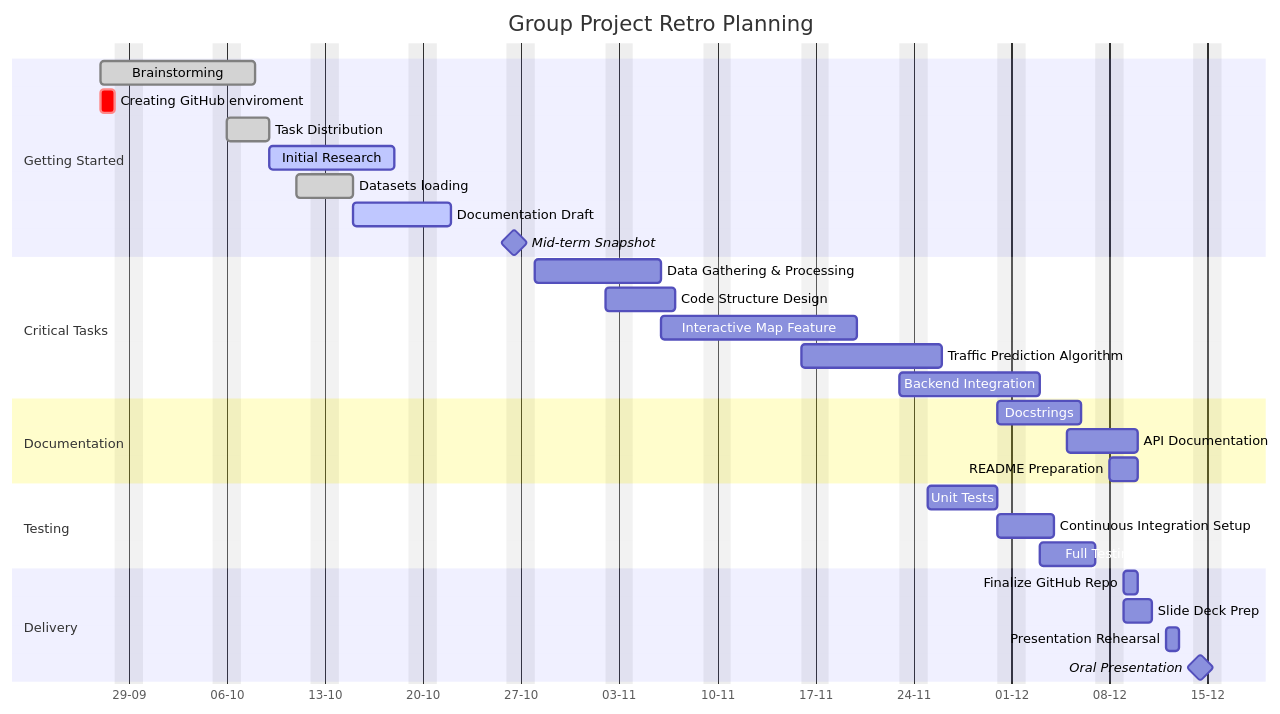
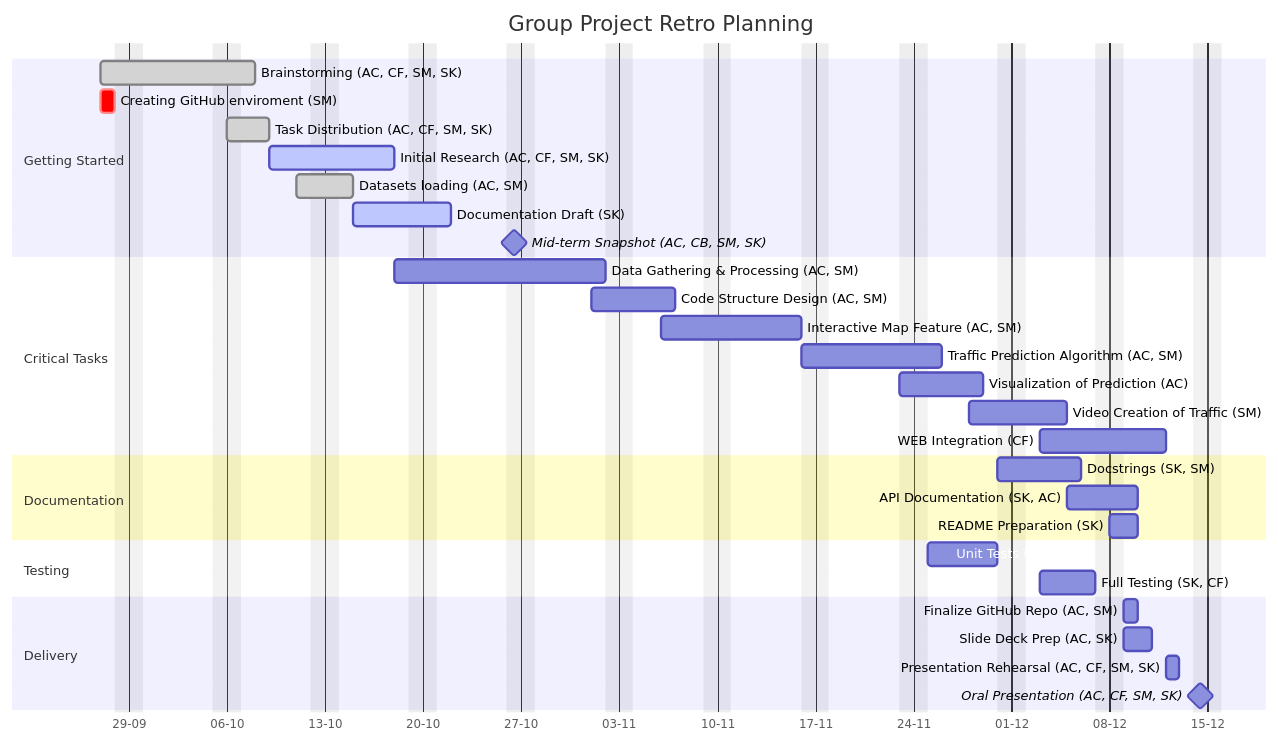
The diagram in README.md (mscaia/PROJ_HAX712X), drawn with Mermaid before and after one commit.

Commit message:
Update mermaid

````diff
--- a/README.md
+++ b/README.md
@@ -29,40 +29,41 @@
 ```mermaid
 gantt
     title Group Project Retro Planning
     dateFormat  YYYY-MM-DD
     axisFormat  %d-%m
     excludes weekends
 
     section Getting Started
-    Brainstorming : done, 2024-09-27, 7d
-    Creating GitHub enviroment : crit, 2024-09-27, 1d
-    Task Distribution : done, 2024-10-06, 3d
-    Initial Research :active, 2024-10-09, 7d
-    Datasets loading : done, 2024-10-11, 2d
-    Documentation Draft : active, 2024-10-15, 5d
+    Brainstorming (AC, CF, SM, SK): done, 2024-09-27, 7d
+    Creating GitHub enviroment (SM) : crit, 2024-09-27, 1d
+    Task Distribution (AC, CF, SM, SK): done, 2024-10-06, 3d
+    Initial Research (AC, CF, SM, SK):active, 2024-10-09, 7d
+    Datasets loading (AC, SM): done, 2024-10-11, 2d
+    Documentation Draft (SK): active, 2024-10-15, 5d
 
-    Mid-term Snapshot :milestone, 2024-10-25, 1d
+    Mid-term Snapshot (AC, CB, SM, SK) :milestone, 2024-10-25, 1d
 
-    section Critical Tasks
-    Data Gathering & Processing :2024-10-28, 7d
-    Code Structure Design :2024-11-02, 4d
-    Interactive Map Feature :2024-11-06, 10d
-    Traffic Prediction Algorithm :2024-11-16, 7d
-    Backend Integration :2024-11-23, 7d
+		section Critical Tasks
+		Data Gathering & Processing (AC, SM) : 2024-10-18, 11d
+		Code Structure Design (AC, SM) : 2024-11-01, 4d
+		Interactive Map Feature (AC, SM) : 2024-11-06, 8d
+		Traffic Prediction Algorithm (AC, SM) : 2024-11-16, 7d
+		Visualization of Prediction (AC) : 2024-11-23, 5d
+		Video Creation of Traffic (SM) : 2024-11-28, 5d
+		WEB Integration (CF) : 2024-12-03, 7d
 
-    section Documentation
-    Docstrings :2024-11-30, 5d
-    API Documentation :2024-12-05, 3d
-    README Preparation :2024-12-08, 2d
+		section Documentation
+		Docstrings (SK, SM) : 2024-11-30, 5d
+		API Documentation (SK, AC) : 2024-12-05, 3d
+		README Preparation (SK) : 2024-12-08, 2d
 
-    section Testing
-    Unit Tests :2024-11-25, 5d
-    Continuous Integration Setup :2024-11-30, 3d
-    Full Testing :2024-12-03, 4d
-
-    section Delivery
-    Finalize GitHub Repo :2024-12-09, 1d
-    Slide Deck Prep :2024-12-09, 2d
-    Presentation Rehearsal :2024-12-12, 1d
-    Oral Presentation :milestone, 2024-12-13, 1d
+		section Testing
+		Unit Tests (SK) : 2024-11-25, 5d
+		Full Testing (SK, CF) : 2024-12-03, 4d
+  
+ 		section Delivery
+    Finalize GitHub Repo (AC, SM) :2024-12-09, 1d
+    Slide Deck Prep (AC, SK):2024-12-09, 2d
+    Presentation Rehearsal (AC, CF, SM, SK):2024-12-12, 1d
+    Oral Presentation (AC, CF, SM, SK):milestone, 2024-12-13, 1d
 ```
````
